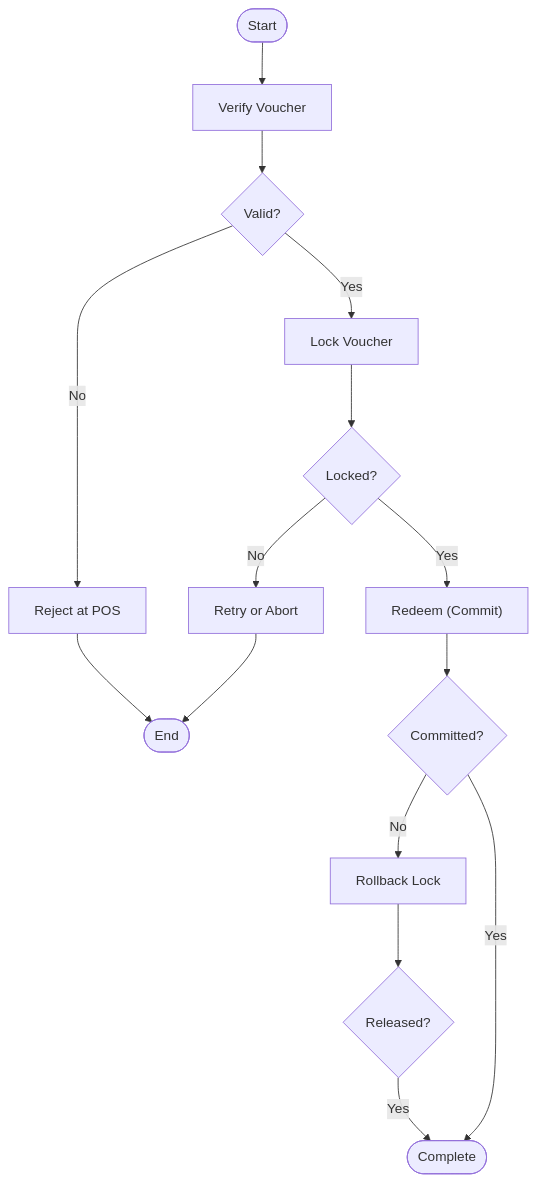
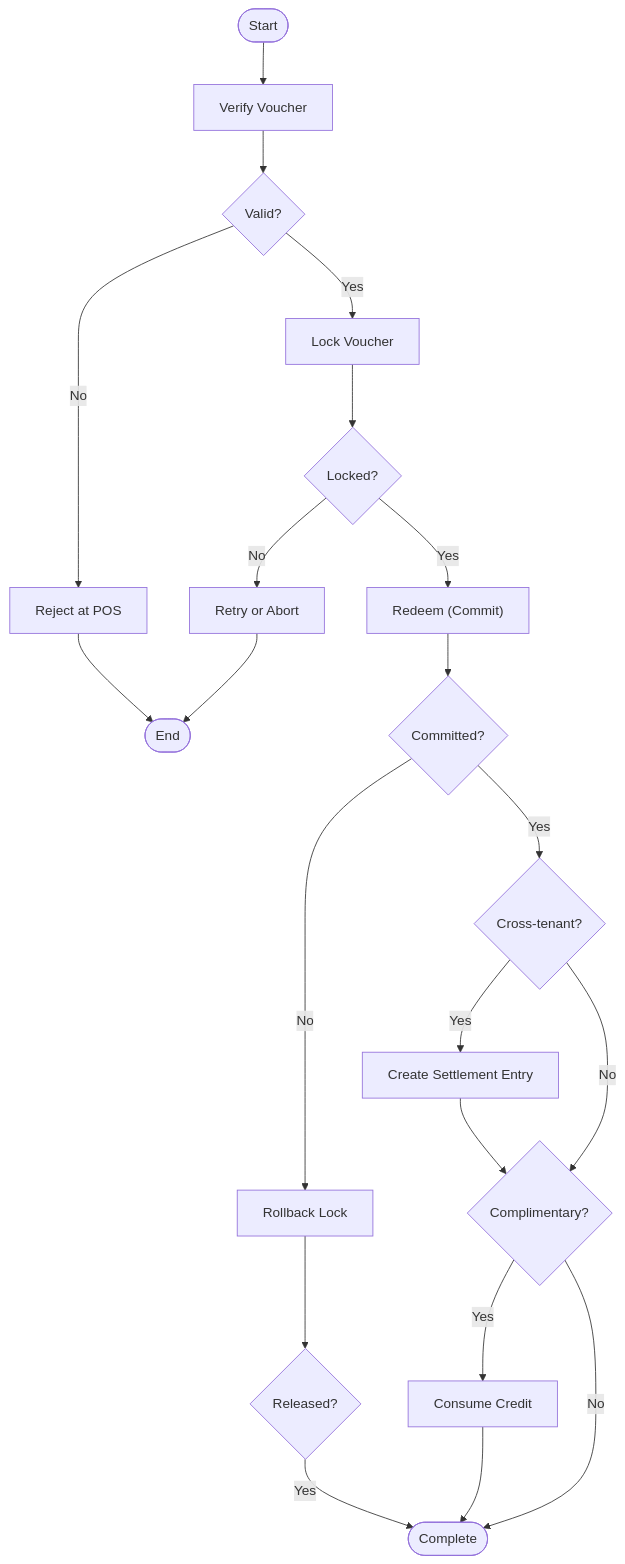
Before and after one commit to lamhongbac/NonCash: the sixth of 6 diagrams in .qoder/repowiki/en/content/API Contracts and Integration/POS Integration API/POS Integration API.md, drawn with Mermaid. The commit also changed other lines of this file and 13 other files, not shown here.

````diff
--- a/.qoder/repowiki/en/content/API Contracts and Integration/POS Integration API/POS Integration API.md
+++ b/.qoder/repowiki/en/content/API Contracts and Integration/POS Integration API/POS Integration API.md
@@ -453,17 +605,23 @@
 ```mermaid
 flowchart TD
 Start(["Start"]) --> Verify["Verify Voucher"]
 Verify --> Valid{"Valid?"}
 Valid --> |No| Reject["Reject at POS"]
 Valid --> |Yes| Lock["Lock Voucher"]
 Lock --> Locked{"Locked?"}
 Locked --> |No| Retry["Retry or Abort"]
 Locked --> |Yes| Redeem["Redeem (Commit)"]
 Redeem --> Committed{"Committed?"}
 Committed --> |No| Rollback["Rollback Lock"]
-Committed --> |Yes| Complete(["Complete"])
+Committed --> |Yes| CheckCrossTenant{"Cross-tenant?"}
+CheckCrossTenant --> |Yes| CreateSettlement["Create Settlement Entry"]
+CheckCrossTenant --> |No| CheckComplimentary{"Complimentary?"}
+CreateSettlement --> CheckComplimentary
+CheckComplimentary --> |Yes| ConsumeCredit["Consume Credit"]
+CheckComplimentary --> |No| Complete(["Complete"])
+ConsumeCredit --> Complete
 Rollback --> Released{"Released?"}
 Released --> |Yes| Complete
 Reject --> End(["End"])
 Retry --> End
 ```
````
